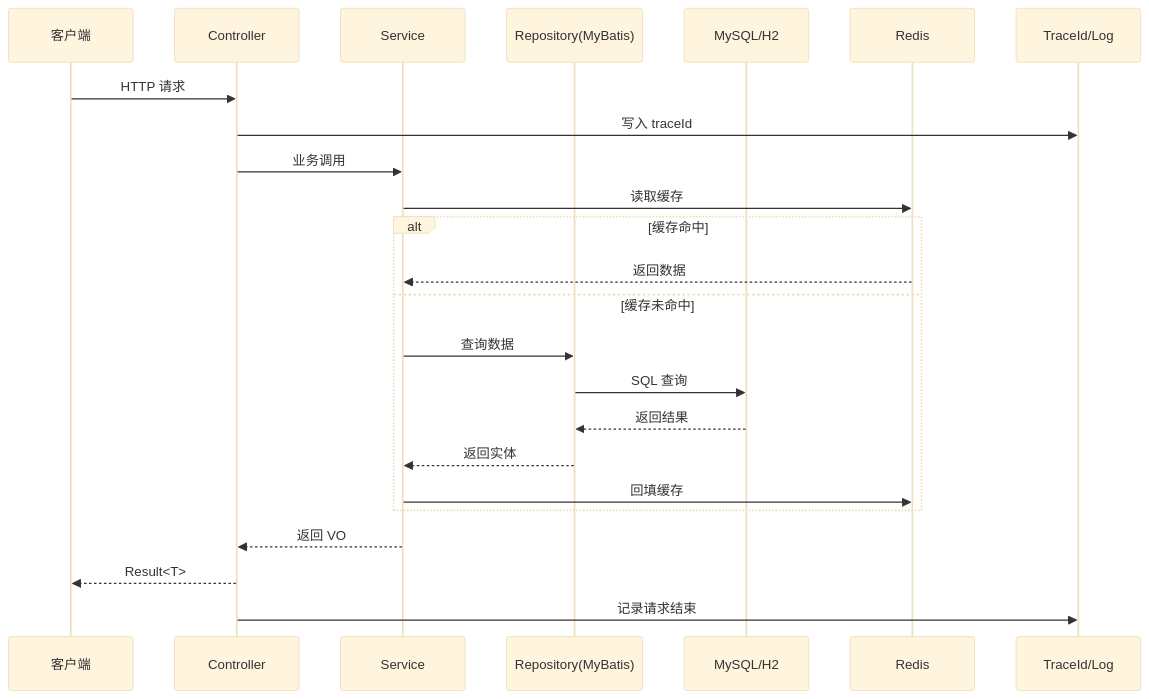
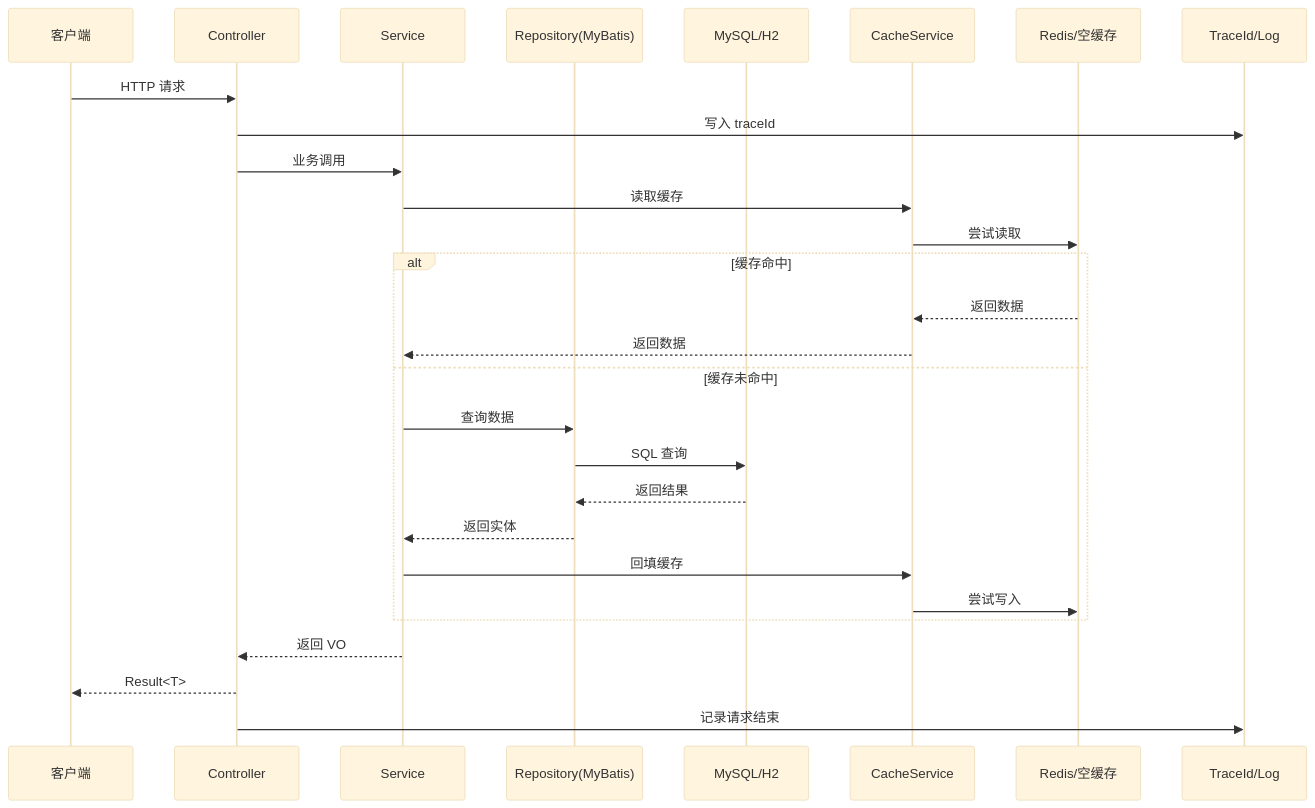
One commit to amingzun/ServerTemplate changed the second of 3 diagrams in README.md. Above: the diagram before and after it, drawn with Mermaid (base theme). The commit also changed other lines of this file and 14 other files, not shown here.

````diff
--- a/README.md
+++ b/README.md
@@ -70,27 +73,31 @@
 ```mermaid
 sequenceDiagram
   participant Client as 客户端
   participant Controller as Controller
   participant Service as Service
   participant Repo as Repository(MyBatis)
   participant DB as MySQL/H2
-  participant Redis as Redis
+  participant Cache as CacheService
+  participant Redis as Redis/空缓存
   participant Log as TraceId/Log
 
   Client->>Controller: HTTP 请求
   Controller->>Log: 写入 traceId
   Controller->>Service: 业务调用
-  Service->>Redis: 读取缓存
+  Service->>Cache: 读取缓存
+  Cache->>Redis: 尝试读取
   alt 缓存命中
-    Redis-->>Service: 返回数据
+    Redis-->>Cache: 返回数据
+    Cache-->>Service: 返回数据
   else 缓存未命中
     Service->>Repo: 查询数据
     Repo->>DB: SQL 查询
     DB-->>Repo: 返回结果
     Repo-->>Service: 返回实体
-    Service->>Redis: 回填缓存
+    Service->>Cache: 回填缓存
+    Cache->>Redis: 尝试写入
   end
   Service-->>Controller: 返回 VO
   Controller-->>Client: Result<T>
   Controller->>Log: 记录请求结束
 ```
````
